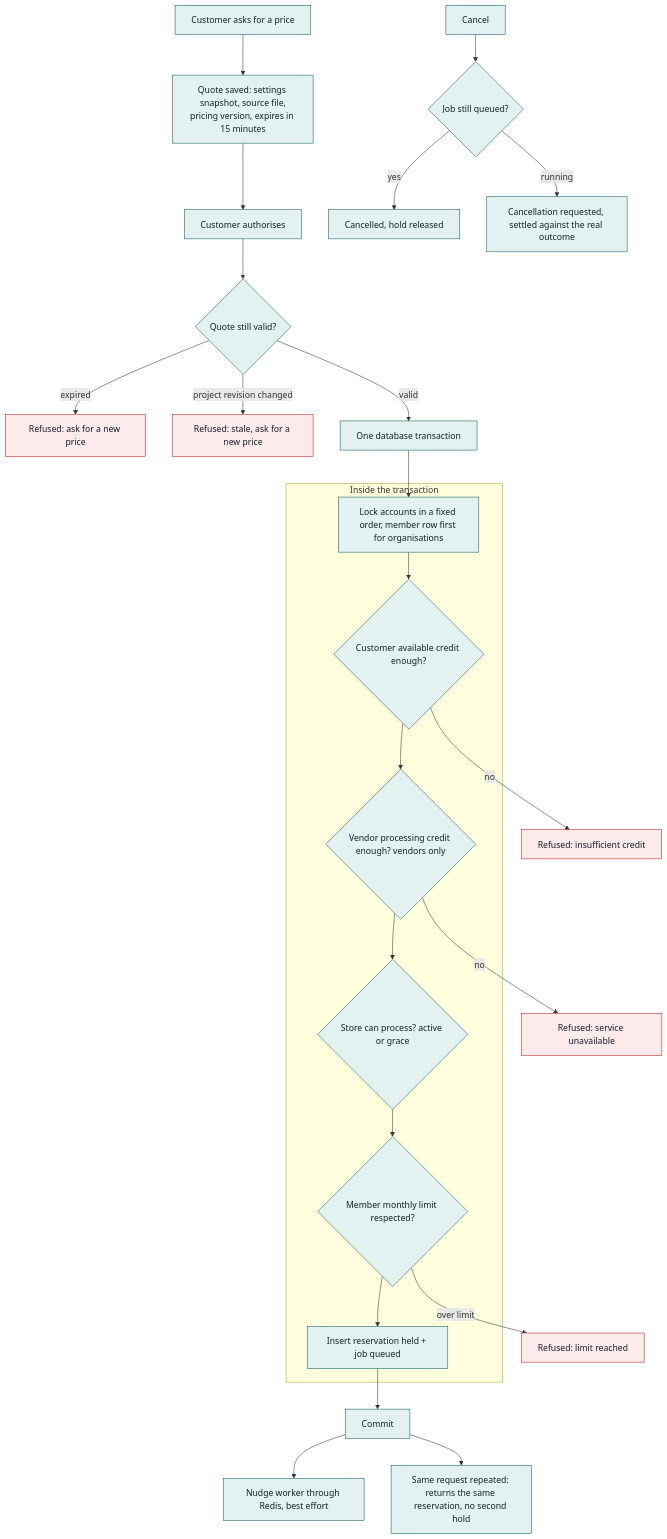
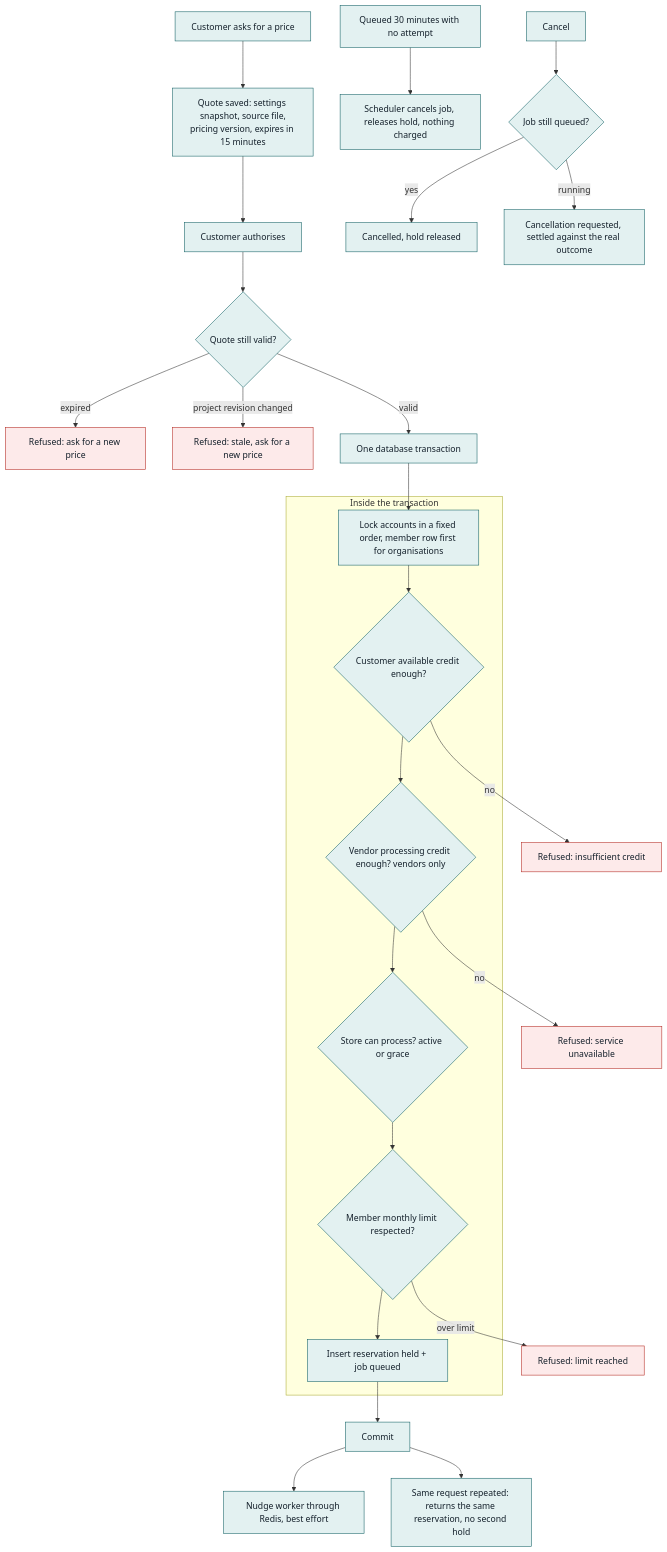
Before and after one commit to workmeridiangray-ops/aiprint: the diagram in docs/flowcharts/05-quote-reservation.mmd, drawn with Mermaid. The commit also changed 18 other files, not shown here.

```diff
--- a/docs/flowcharts/05-quote-reservation.mmd
+++ b/docs/flowcharts/05-quote-reservation.mmd
@@ -1,32 +1,33 @@
 %% 5. Quote expiry, customer and vendor reservations, durable job dispatch
 flowchart TD
   A["Customer asks for a price"] --> B["Quote saved: settings snapshot, source file,<br/>pricing version, expires in 15 minutes"]
   B --> C["Customer authorises"]
   C --> D{"Quote still valid?"}
   D -->|"expired"| X1["Refused: ask for a new price"]:::fail
   D -->|"project revision changed"| X2["Refused: stale, ask for a new price"]:::fail
   D -->|"valid"| TX["One database transaction"]
   subgraph TX1["Inside the transaction"]
     T1["Lock accounts in a fixed order, member row first for organisations"]
     T2{"Customer available credit enough?"}
     T3{"Vendor processing credit enough? vendors only"}
     T4{"Store can process? active or grace"}
     T5{"Member monthly limit respected?"}
     T6["Insert reservation held + job queued"]
   end
   TX --> T1 --> T2
   T2 -->|"no"| X3["Refused: insufficient credit"]:::fail
   T2 --> T3
   T3 -->|"no"| X4["Refused: service unavailable"]:::fail
   T3 --> T4 --> T5
   T5 -->|"over limit"| X5["Refused: limit reached"]:::fail
   T5 --> T6
   T6 --> CM["Commit"]
   CM --> N["Nudge worker through Redis, best effort"]
   CM --> RP["Same request repeated: returns the same reservation, no second hold"]
+  AB["Queued 30 minutes with no attempt"] --> AC["Scheduler cancels job, releases hold, nothing charged"]
   Y["Cancel"] --> Z{"Job still queued?"}
   Z -->|"yes"| Z1["Cancelled, hold released"]
   Z -->|"running"| Z2["Cancellation requested, settled against the real outcome"]
   classDef built fill:#e3f1f1,stroke:#0f5f63,color:#14202b
   classDef fail fill:#fdeaea,stroke:#b3261e,color:#14202b
-  class A,B,C,D,TX,T1,T2,T3,T4,T5,T6,CM,N,RP,Y,Z,Z1,Z2 built
+  class AB,AC,A,B,C,D,TX,T1,T2,T3,T4,T5,T6,CM,N,RP,Y,Z,Z1,Z2 built
```
